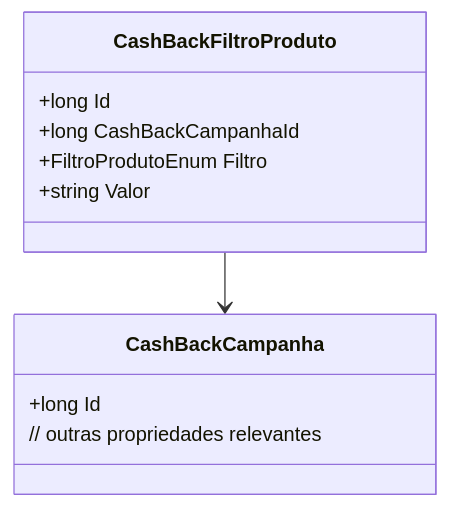
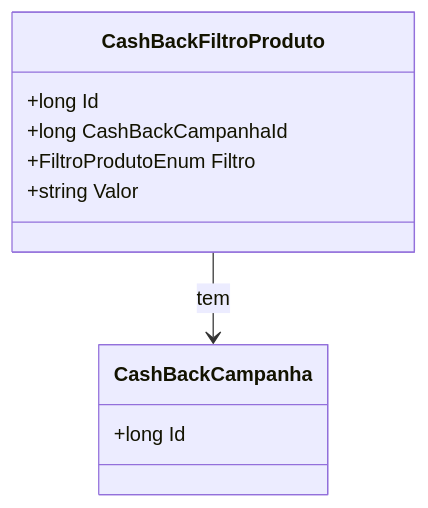
Before and after one commit to IsthmusSistemas/documentacao-tecnica: the diagram in docs/b2b-dominio/IsthmusWinthor.Nucleo/IsthmusWinthor.Dominio/Entidades/CashBackFiltroProduto.md, drawn with Mermaid. The commit also changed other lines of this file and 882 other files, not shown here.

````diff
--- a/docs/b2b-dominio/IsthmusWinthor.Nucleo/IsthmusWinthor.Dominio/Entidades/CashBackFiltroProduto.md
+++ b/docs/b2b-dominio/IsthmusWinthor.Nucleo/IsthmusWinthor.Dominio/Entidades/CashBackFiltroProduto.md
@@ -23,16 +18,15 @@
 ```mermaid
 classDiagram
     class CashBackFiltroProduto {
         +long Id
         +long CashBackCampanhaId
         +FiltroProdutoEnum Filtro
         +string Valor
     }
 
     class CashBackCampanha {
         +long Id
-        // outras propriedades relevantes
     }
 
-    CashBackFiltroProduto --> CashBackCampanha
+    CashBackFiltroProduto --> CashBackCampanha : tem
 ```
````
